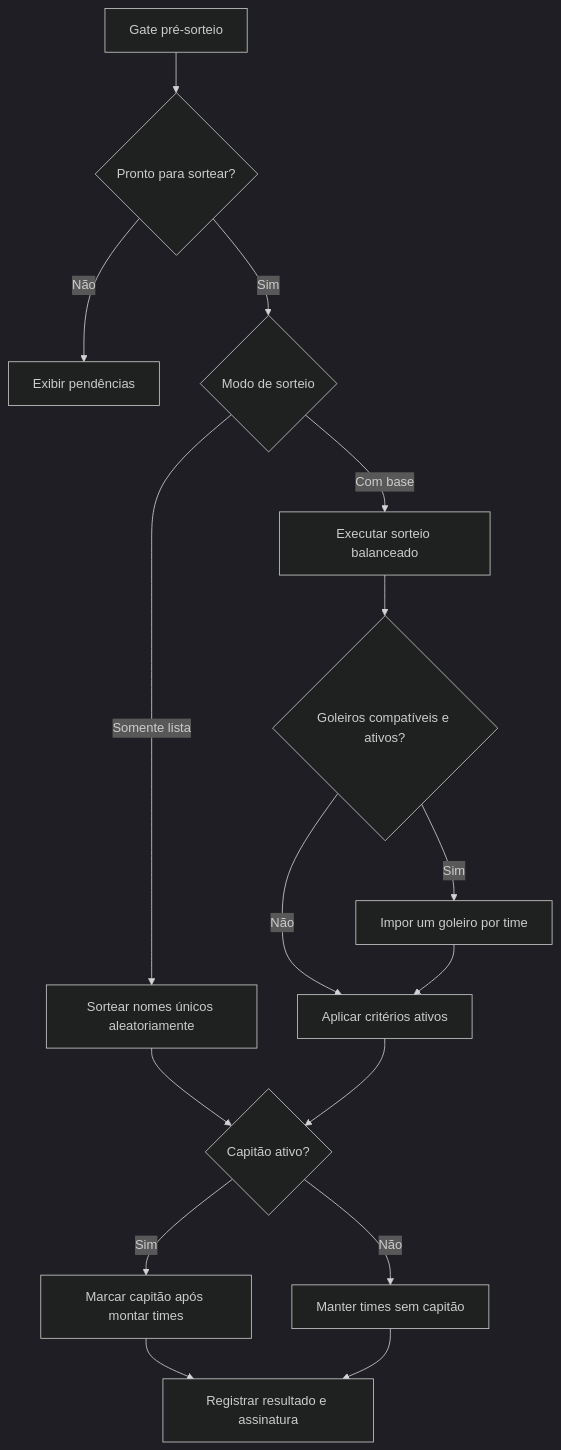
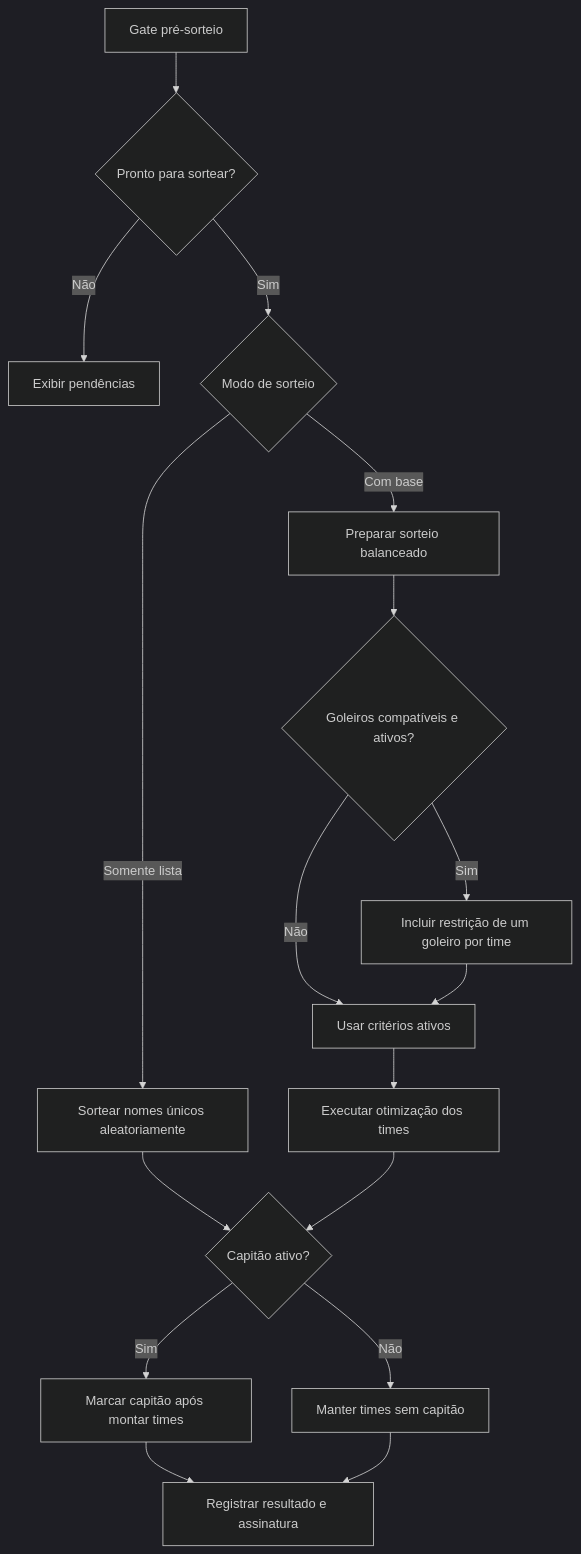
Before and after one commit to WevertonGomesCosta/sorteador-pelada: the diagram in docs/contracts/etapas/ETAPA_07_SORTEIO_DOS_TIMES.md, drawn with Mermaid (dark theme).

Commit message:
v142: ajusta fluxograma da etapa 07

````diff
--- a/docs/contracts/etapas/ETAPA_07_SORTEIO_DOS_TIMES.md
+++ b/docs/contracts/etapas/ETAPA_07_SORTEIO_DOS_TIMES.md
@@ -20,18 +20,19 @@
 ```mermaid
 flowchart TD
     A[Gate pré-sorteio] --> B{Pronto para sortear?}
     B -- Não --> C[Exibir pendências]
     B -- Sim --> D{Modo de sorteio}
     D -- Somente lista --> E[Sortear nomes únicos aleatoriamente]
-    D -- Com base --> F[Executar sorteio balanceado]
+    D -- Com base --> F[Preparar sorteio balanceado]
     F --> G{Goleiros compatíveis e ativos?}
-    G -- Sim --> H[Impor um goleiro por time]
-    G -- Não --> I[Aplicar critérios ativos]
+    G -- Sim --> H[Incluir restrição de um goleiro por time]
+    G -- Não --> I[Usar critérios ativos]
     H --> I
-    E --> J{Capitão ativo?}
-    I --> J
-    J -- Sim --> K[Marcar capitão após montar times]
-    J -- Não --> L[Manter times sem capitão]
-    K --> M[Registrar resultado e assinatura]
-    L --> M
+    I --> J[Executar otimização dos times]
+    E --> K{Capitão ativo?}
+    J --> K
+    K -- Sim --> L[Marcar capitão após montar times]
+    K -- Não --> M[Manter times sem capitão]
+    L --> N[Registrar resultado e assinatura]
+    M --> N
 ```
````
